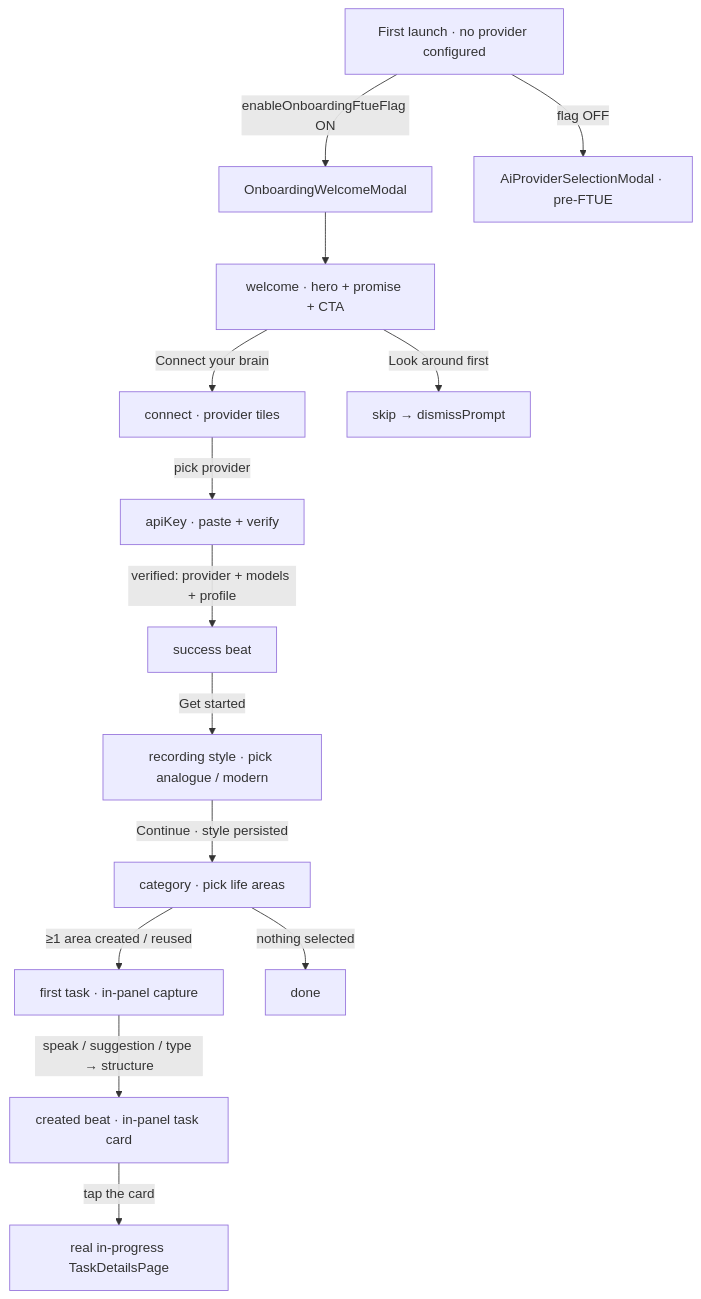
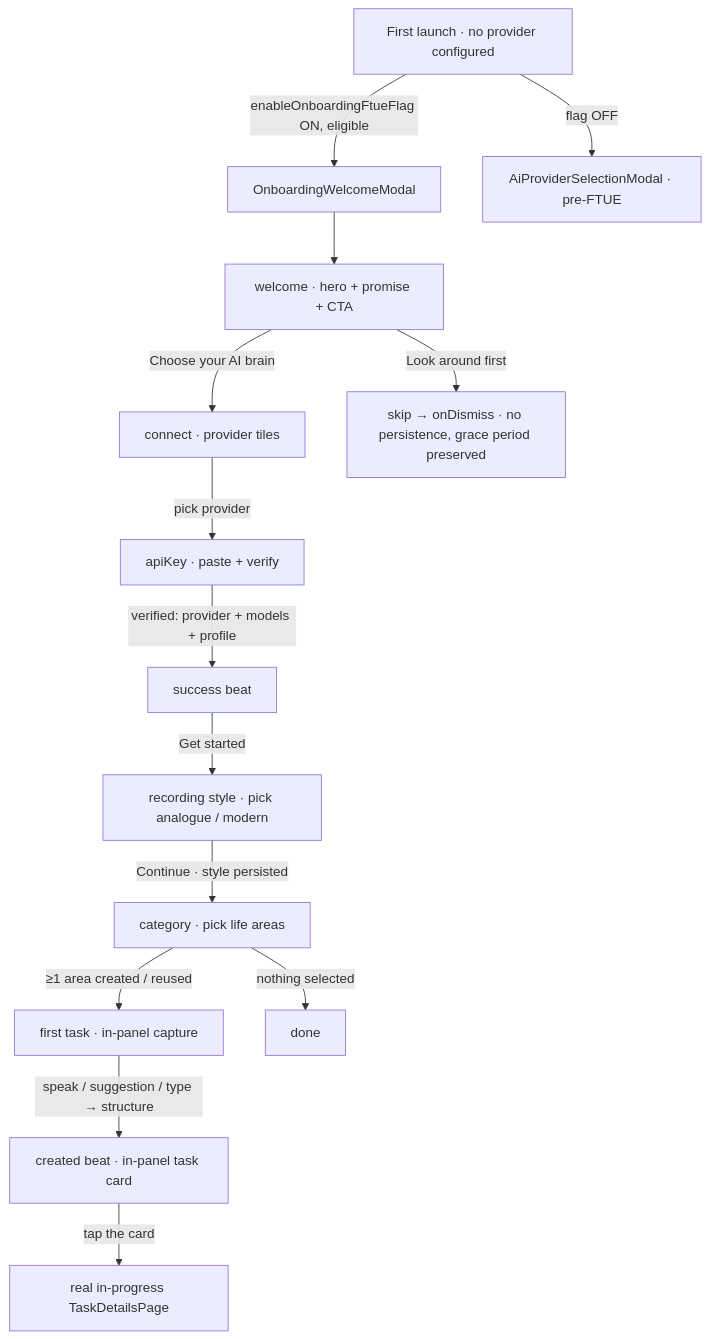
One commit to matthiasn/lotti changed the first of 5 diagrams in lib/features/onboarding/README.md. Above: the diagram before and after it, drawn with Mermaid. The commit also changed other lines of this file and 32 other files, not shown here.

Commit message:
feat: auto-show FTUE onboarding welcome on first launch, with a Settings replay entry (#3421)

````diff
--- a/lib/features/onboarding/README.md
+++ b/lib/features/onboarding/README.md
@@ -18,16 +21,16 @@
 ```mermaid
 flowchart TD
-    L[First launch · no provider configured] -->|enableOnboardingFtueFlag ON| W[OnboardingWelcomeModal]
+    L[First launch · no provider configured] -->|enableOnboardingFtueFlag ON, eligible| W[OnboardingWelcomeModal]
     L -->|flag OFF| LEGACY[AiProviderSelectionModal · pre-FTUE]
     W --> WL[welcome · hero + promise + CTA]
-    WL -->|Connect your brain| CN[connect · provider tiles]
-    WL -->|Look around first| SK[skip → dismissPrompt]
+    WL -->|Choose your AI brain| CN[connect · provider tiles]
+    WL -->|Look around first| SK[skip → onDismiss · no persistence, grace period preserved]
     CN -->|pick provider| AK[apiKey · paste + verify]
     AK -->|verified: provider + models + profile| SU[success beat]
     SU -->|Get started| RS[recording style · pick analogue / modern]
     RS -->|Continue · style persisted| CAT[category · pick life areas]
     CAT -->|≥1 area created / reused| FT[first task · in-panel capture]
     CAT -->|nothing selected| DONE[done]
     FT -->|speak / suggestion / type → structure| CARD[created beat · in-panel task card]
     CARD -->|tap the card| TASK[real in-progress TaskDetailsPage]
 ```
````
